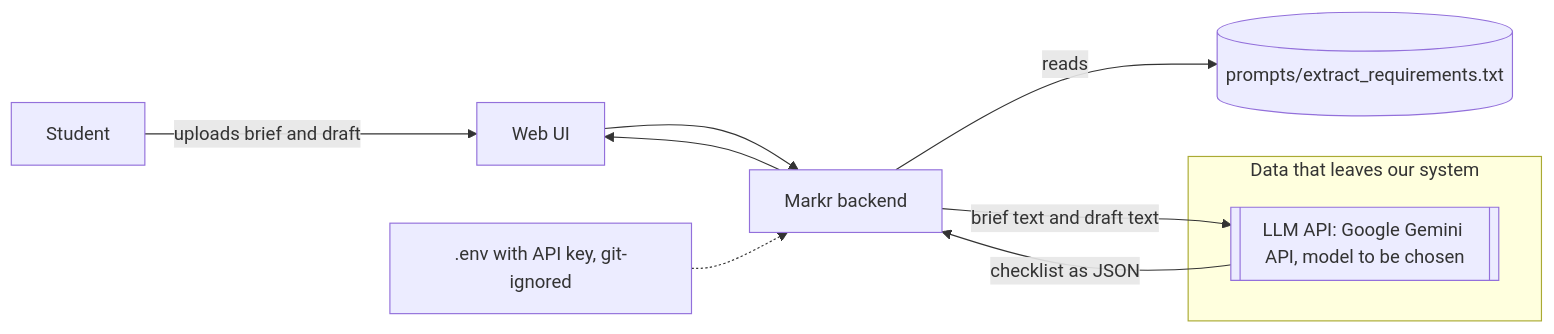
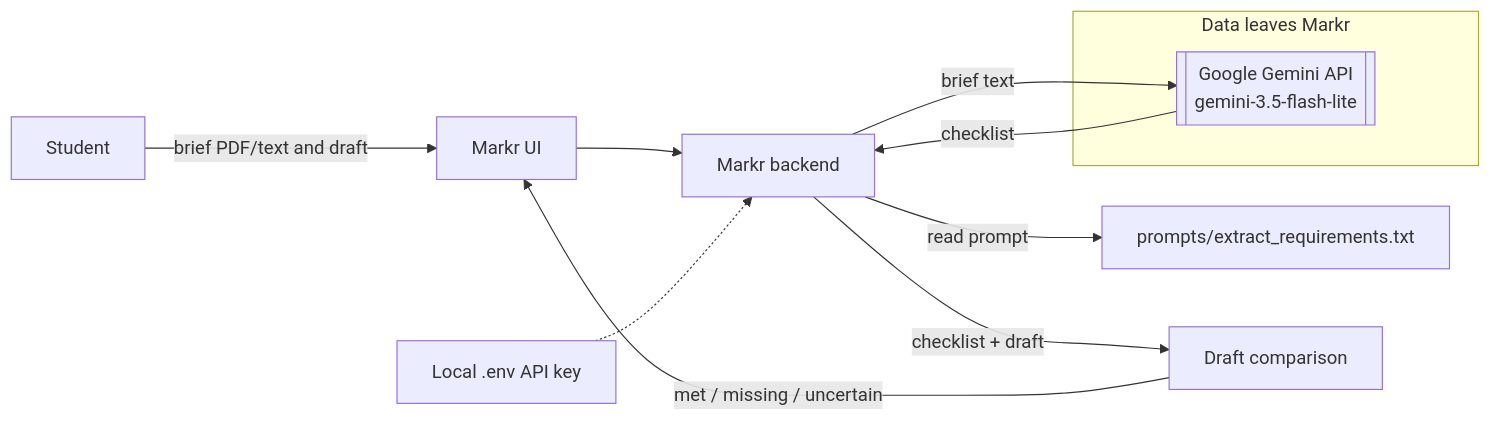
Before and after one commit to Guerrassc/Markr: the diagram in docs/architecture.md, drawn with Mermaid. The commit also changed other lines of this file and 7 other files, not shown here.

````diff
--- a/docs/architecture.md
+++ b/docs/architecture.md
@@ -3,13 +3,14 @@
 ```mermaid
 flowchart LR
-  U[Student] -->|uploads brief and draft| UI[Web UI]
+  U[Student] -->|brief PDF/text and draft| UI[Markr UI]
   UI --> API[Markr backend]
-  API -->|reads| P[(prompts/extract_requirements.txt)]
-  API -->|brief text and draft text| LLM[[LLM API: Google Gemini API, model to be chosen]]
-  LLM -->|checklist as JSON| API
-  API --> UI
-  ENV[.env with API key, git-ignored] -.-> API
-  subgraph OUT[Data that leaves our system]
+  API -->|read prompt| P[prompts/extract_requirements.txt]
+  API -->|brief text| LLM[[Google Gemini API\ngemini-3.5-flash-lite]]
+  LLM -->|checklist| API
+  API -->|checklist + draft| CMP[Draft comparison]
+  CMP -->|met / missing / uncertain| UI
+  ENV[Local .env API key] -.-> API
+  subgraph OUT[Data leaves Markr]
     LLM
   end
 ```
````
